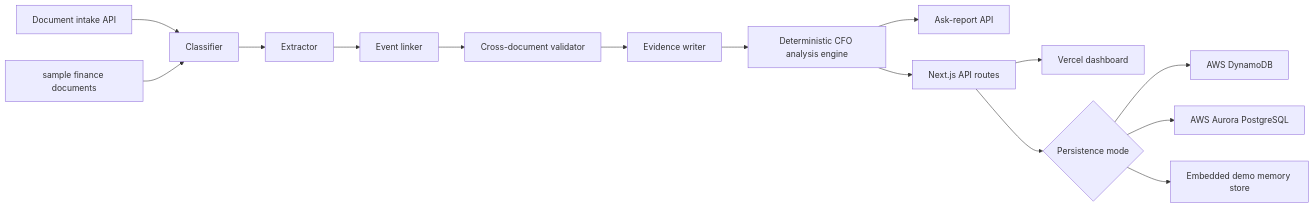
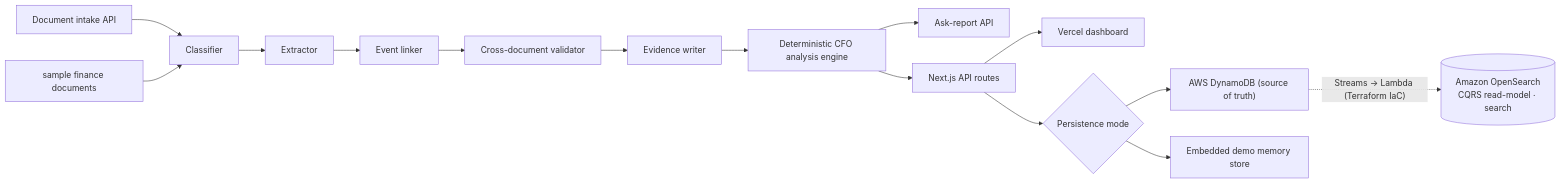
One commit to upgradedev/h0-archon changed the diagram in docs/ARCHITECTURE_AND_EVIDENCE.md. Above: the diagram before and after it, drawn with Mermaid. The commit also changed other lines of this file and 9 other files, not shown here.

````diff
--- a/docs/ARCHITECTURE_AND_EVIDENCE.md
+++ b/docs/ARCHITECTURE_AND_EVIDENCE.md
@@ -15,17 +15,17 @@
 ```mermaid
 flowchart LR
   Intake["Document intake API"] --> Classifier["Classifier"]
   DemoData["sample finance documents"] --> Classifier
   Classifier --> Extractor["Extractor"]
   Extractor --> Linker["Event linker"]
   Linker --> Validator["Cross-document validator"]
   Validator --> Reporter["Evidence writer"]
   Reporter --> Analysis["Deterministic CFO analysis engine"]
   Analysis --> Ask["Ask-report API"]
   Analysis --> Api["Next.js API routes"]
   Api --> Ui["Vercel dashboard"]
   Api --> Store{"Persistence mode"}
-  Store --> Dynamo["AWS DynamoDB"]
-  Store --> Aurora["AWS Aurora PostgreSQL"]
+  Store --> Dynamo["AWS DynamoDB (source of truth)"]
   Store --> Memory["Embedded demo memory store"]
+  Dynamo -. "Streams → Lambda (Terraform IaC)" .-> OS[("Amazon OpenSearch<br/>CQRS read-model · search")]
 ```
````
